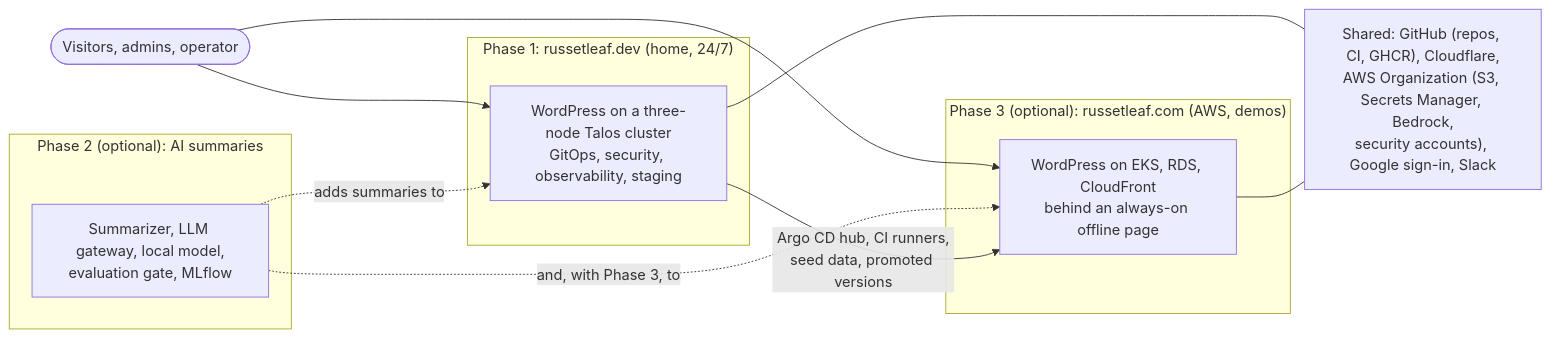
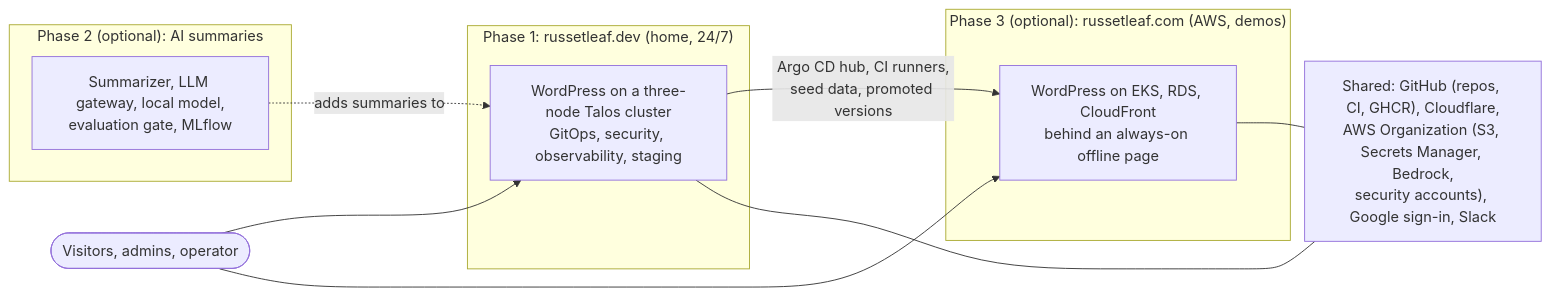
Before and after one commit to russetleaf/russetleaf-docs: the first of 3 diagrams in docs/overview.md, drawn with Mermaid. The commit also changed other lines of this file and 33 other files, not shown here.

````diff
--- a/docs/overview.md
+++ b/docs/overview.md
@@ -17,21 +17,20 @@
 ```mermaid
 flowchart LR
   people(["Visitors, admins, operator"])
   subgraph p1["Phase 1: russetleaf.dev (home, 24/7)"]
     dev["WordPress on a three-node Talos cluster<br/>GitOps, security, observability, staging"]
   end
   subgraph p2["Phase 2 (optional): AI summaries"]
     ai["Summarizer, LLM gateway, local model,<br/>evaluation gate, MLflow"]
   end
   subgraph p3["Phase 3 (optional): russetleaf.com (AWS, demos)"]
     com["WordPress on EKS, RDS, CloudFront<br/>behind an always-on offline page"]
   end
   people --> dev
   people --> com
   ai -.->|"adds summaries to"| dev
-  ai -.->|"and, with Phase 3, to"| com
   dev -->|"Argo CD hub, CI runners,<br/>seed data, promoted versions"| com
   shared["Shared: GitHub (repos, CI, GHCR), Cloudflare,<br/>AWS Organization (S3, Secrets Manager, Bedrock,<br/>security accounts), Google sign-in, Slack"]
   dev --- shared
   com --- shared
 ```
````
